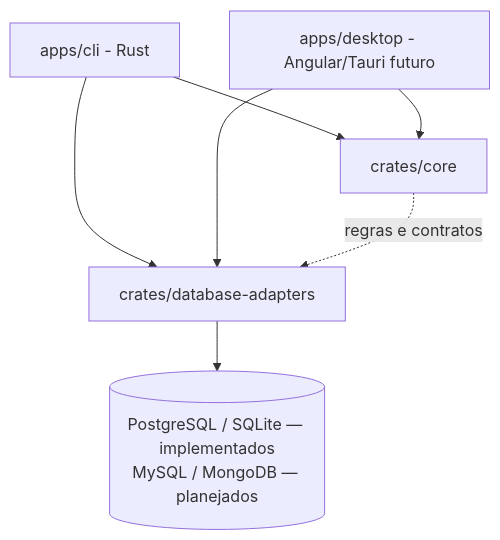
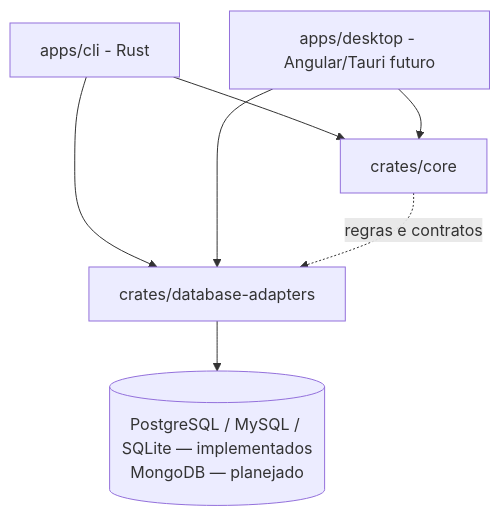
The first of 2 diagrams in docs/arquitetura.md (aqu1no1/database-backup-utility), drawn with Mermaid before and after one commit. The commit also changed other lines of this file and 10 other files, not shown here.

````diff
--- a/docs/arquitetura.md
+++ b/docs/arquitetura.md
@@ -3,9 +3,9 @@
 ```mermaid
 flowchart TD
   CLI[apps/cli - Rust] --> CORE[crates/core]
   DESKTOP[apps/desktop - Angular/Tauri futuro] --> CORE
   CLI --> ADAPTERS[crates/database-adapters]
   DESKTOP --> ADAPTERS
-  ADAPTERS --> DB[(PostgreSQL / SQLite — implementados<br/>MySQL / MongoDB — planejados)]
+  ADAPTERS --> DB[(PostgreSQL / MySQL / SQLite — implementados<br/>MongoDB — planejado)]
   CORE -. regras e contratos .-> ADAPTERS
 ```
````
